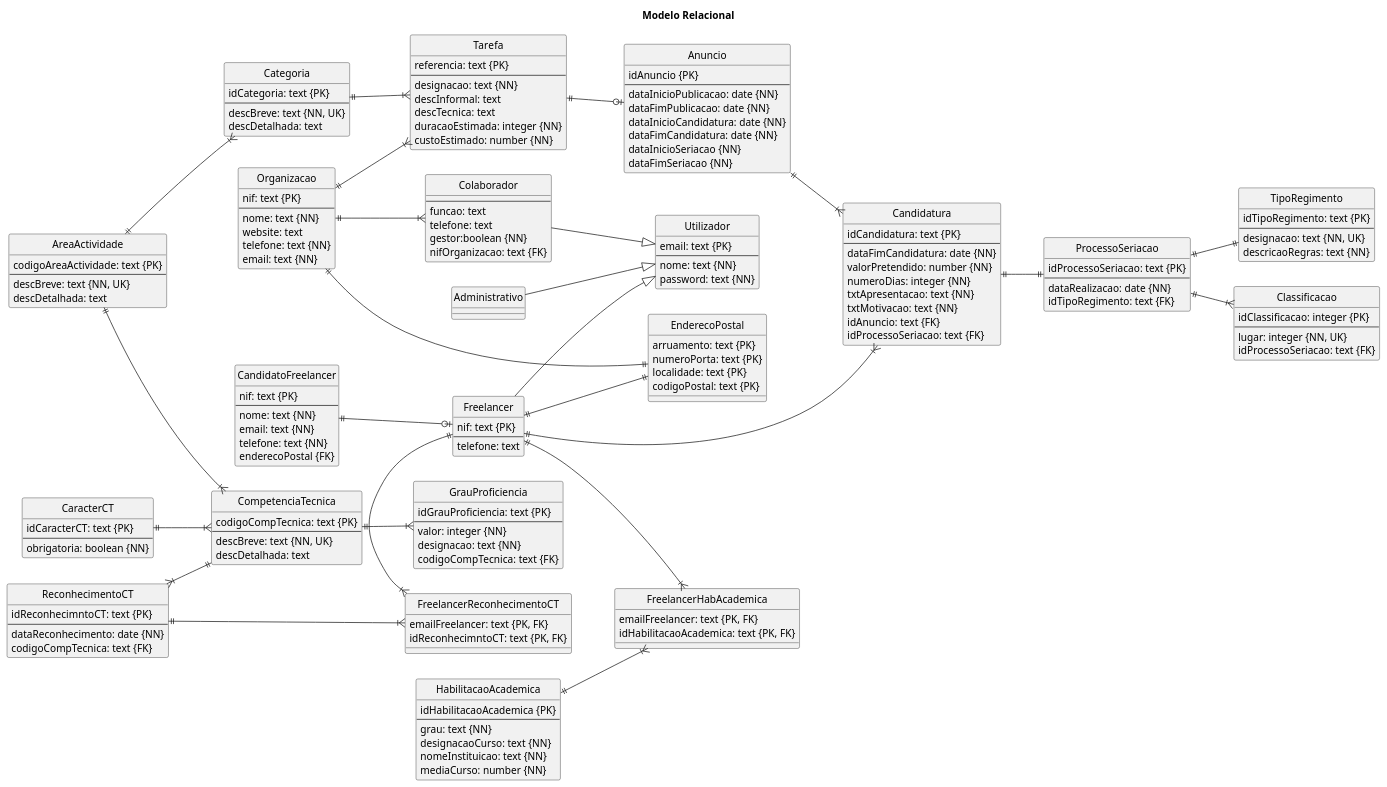
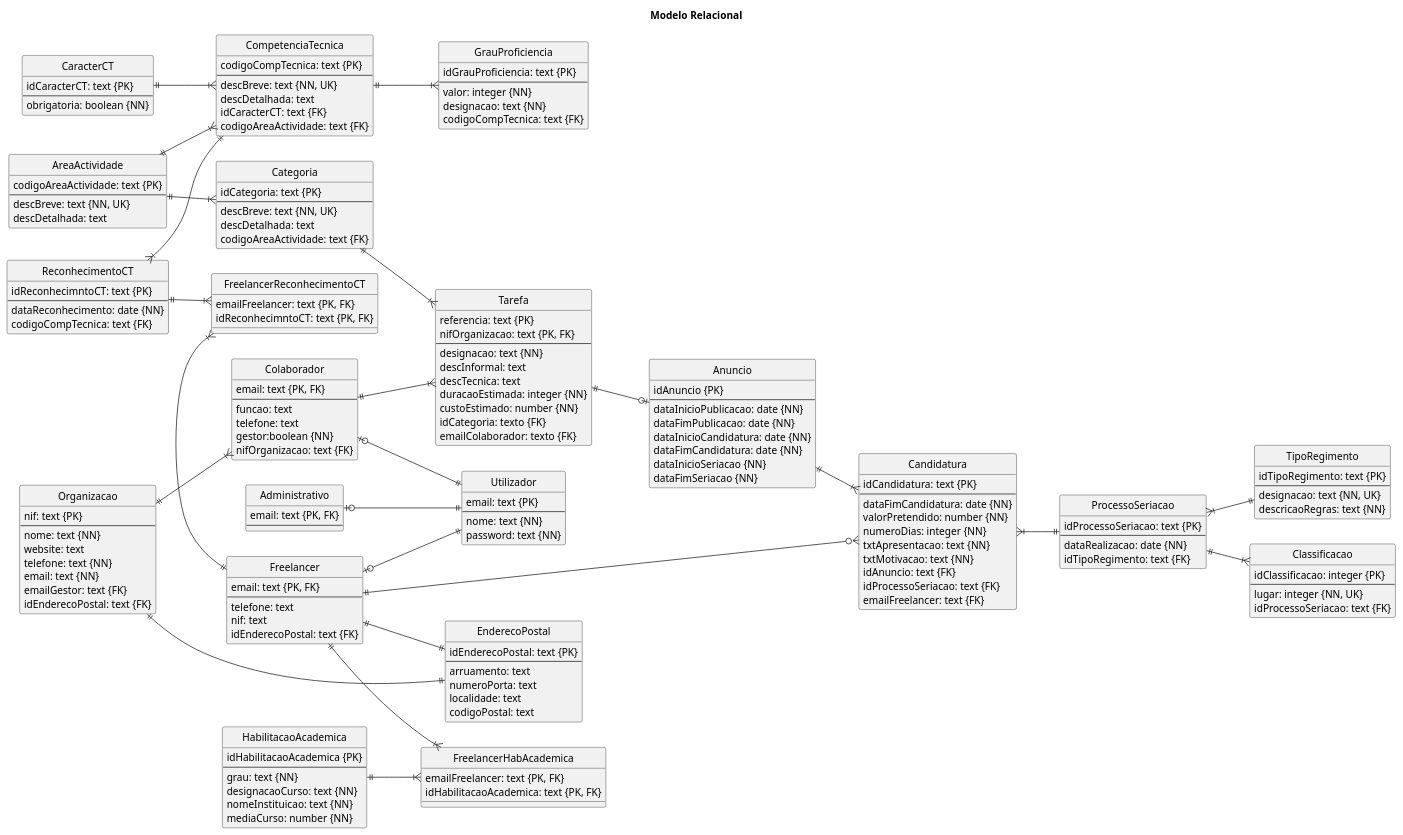
The diagram in Documentação/Sprint 3/Base de Dados/Modelo_Relacional.puml (blestonbandeiraUPSKILL/upskill_java1_labprg_grupo2), drawn with PlantUML before and after one commit.

Commit message:
modelo relacional - update

```diff
--- a/Documentação/Sprint 3/Base de Dados/Modelo_Relacional.puml
+++ b/Documentação/Sprint 3/Base de Dados/Modelo_Relacional.puml
@@ -13,9 +13,12 @@
     website: text
     telefone: text {NN}
     email: text {NN}
+    emailGestor: text {FK}
+    idEnderecoPostal: text {FK}
 }
 
 entity "Colaborador" {
+    email: text {PK, FK}
     --
     funcao: text
     telefone: text
@@ -31,6 +34,8 @@
 }
 
 entity "Administrativo" {
+    email: text {PK, FK}
+    --
 }
 
 entity "Categoria" {
@@ -38,6 +43,7 @@
     --
     descBreve: text {NN, UK}
     descDetalhada: text
+    codigoAreaActividade: text {FK}
 }
 
 entity "CompetenciaTecnica" {
@@ -45,6 +51,8 @@
     --
     descBreve: text {NN, UK}
     descDetalhada: text
+    idCaracterCT: text {FK}
+    codigoAreaActividade: text {FK}
 }
 
 entity "AreaActividade" {
@@ -63,35 +71,33 @@
 }
 
 entity "Freelancer" {
-    nif: text {PK}
+    email: text {PK, FK}
     --
     telefone: text
-}
-
-entity "CandidatoFreelancer" {
-    nif: text {PK}
-    --
-    nome: text {NN}
-    email: text {NN}
-    telefone: text {NN}
-    enderecoPostal {FK}
+    nif: text
+    idEnderecoPostal: text {FK}
 }
 
 entity "EnderecoPostal" {
-    arruamento: text {PK}
-    numeroPorta: text {PK}
-    localidade: text {PK}
-    codigoPostal: text {PK}
+    idEnderecoPostal: text {PK}
+    --
+    arruamento: text 
+    numeroPorta: text 
+    localidade: text 
+    codigoPostal: text 
 }
 
 entity "Tarefa" {
     referencia: text {PK}
+    nifOrganizacao: text {PK, FK}
     --
     designacao: text {NN}
     descInformal: text
     descTecnica: text
     duracaoEstimada: integer {NN}
     custoEstimado: number {NN}
+    idCategoria: texto {FK}
+    emailColaborador: texto {FK}
 }
 
 entity "Anuncio" {
@@ -136,6 +142,7 @@
     txtMotivacao: text {NN}
     idAnuncio: text {FK}
     idProcessoSeriacao: text {FK}
+    emailFreelancer: text {FK}
 }
 
 entity "HabilitacaoAcademica" {
@@ -172,22 +179,21 @@
 }
 
 AreaActividade ||--|{ Categoria
-Freelancer --|> Utilizador
-Administrativo --|> Utilizador
+Freelancer |o--|| Utilizador
+Administrativo |o--|| Utilizador
 AreaActividade ||--|{ CompetenciaTecnica
 CompetenciaTecnica ||--|{ GrauProficiencia
-Organizacao ||--|{ Tarefa
+Colaborador ||--|{ Tarefa
 Categoria ||--|{ Tarefa
 Tarefa ||--o| Anuncio
 Organizacao ||--|{ Colaborador
-Colaborador --|> Utilizador
-CandidatoFreelancer ||--o| Freelancer
+Colaborador |o--|| Utilizador
 Anuncio ||--|{ Candidatura
-Freelancer||--|{ Candidatura
+Freelancer||--o{ Candidatura
 Organizacao ||--|| EnderecoPostal
 Freelancer ||--|| EnderecoPostal
-Candidatura ||--|| ProcessoSeriacao
-ProcessoSeriacao ||--|| TipoRegimento
+Candidatura }|--|| ProcessoSeriacao
+ProcessoSeriacao }|--|| TipoRegimento
 ProcessoSeriacao ||--|{ Classificacao
 Freelancer ||--|{ FreelancerHabAcademica
 HabilitacaoAcademica ||--|{ FreelancerHabAcademica
```
